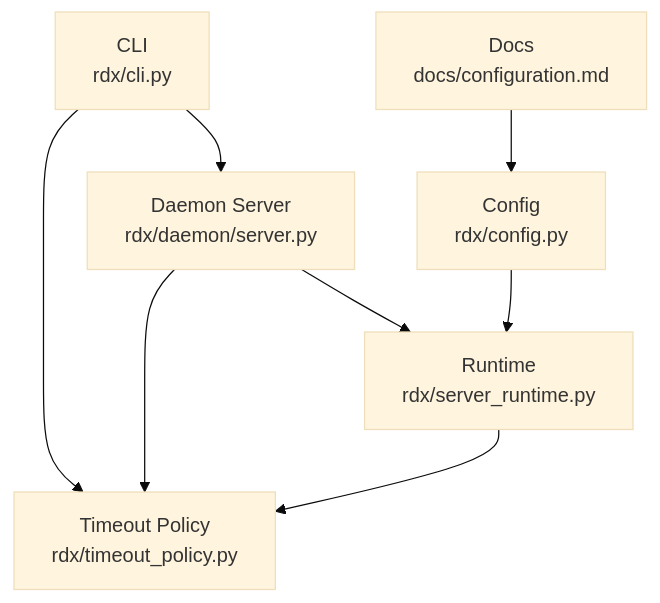
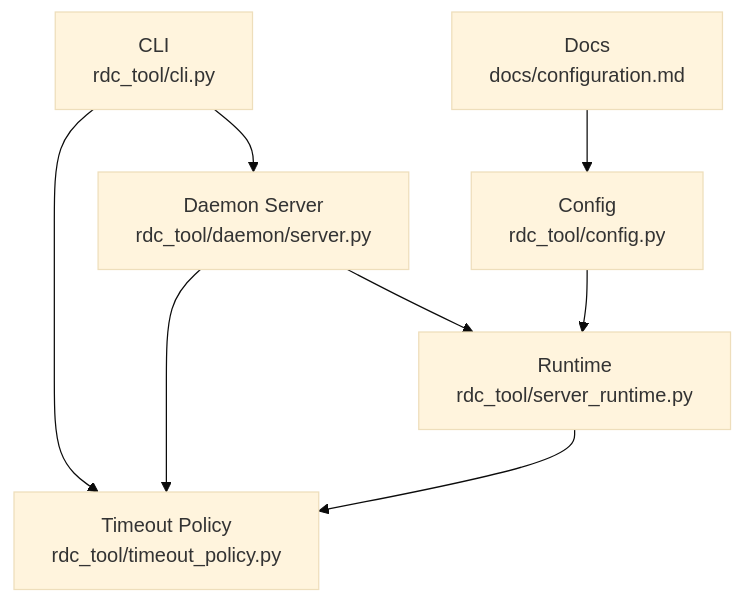
One commit to haolange/RDC-Tool changed the first of 5 diagrams in .qoder/repowiki/zh/content/运行时管理/超时策略管理.md. Above: the diagram before and after it, drawn with Mermaid (base theme). The commit also changed other lines of this file and 388 other files, not shown here.

First line of the commit message:
Release RDC-Tool identity and public maintenance surface

````diff
--- a/.qoder/repowiki/zh/content/运行时管理/超时策略管理.md
+++ b/.qoder/repowiki/zh/content/运行时管理/超时策略管理.md
@@ -39,10 +39,10 @@
 ```mermaid
 graph TB
-A["CLI<br/>rdx/cli.py"] --> B["Daemon Server<br/>rdx/daemon/server.py"]
-B --> C["Runtime<br/>rdx/server_runtime.py"]
-A --> D["Timeout Policy<br/>rdx/timeout_policy.py"]
+A["CLI<br/>rdc_tool/cli.py"] --> B["Daemon Server<br/>rdc_tool/daemon/server.py"]
+B --> C["Runtime<br/>rdc_tool/server_runtime.py"]
+A --> D["Timeout Policy<br/>rdc_tool/timeout_policy.py"]
 B --> D
 C --> D
-E["Config<br/>rdx/config.py"] --> C
+E["Config<br/>rdc_tool/config.py"] --> C
 F["Docs<br/>docs/configuration.md"] --> E
 ```
````
